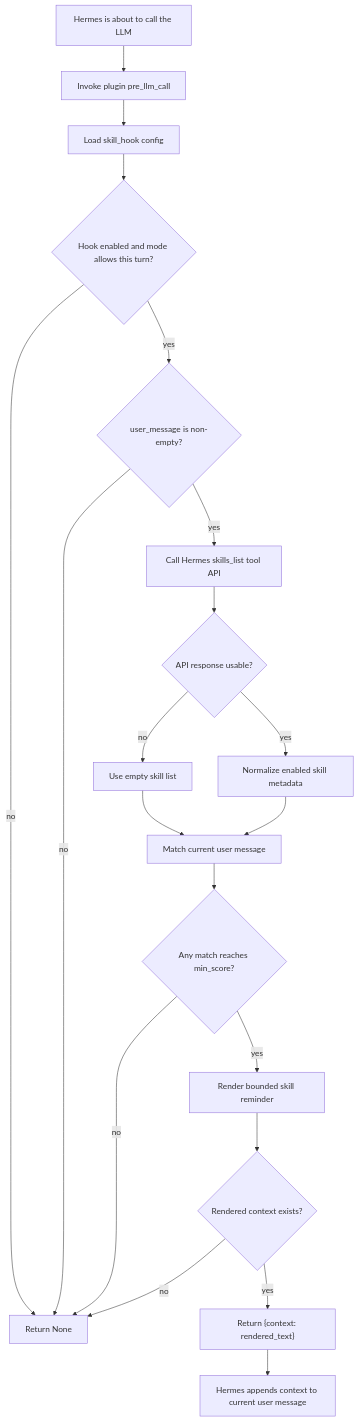
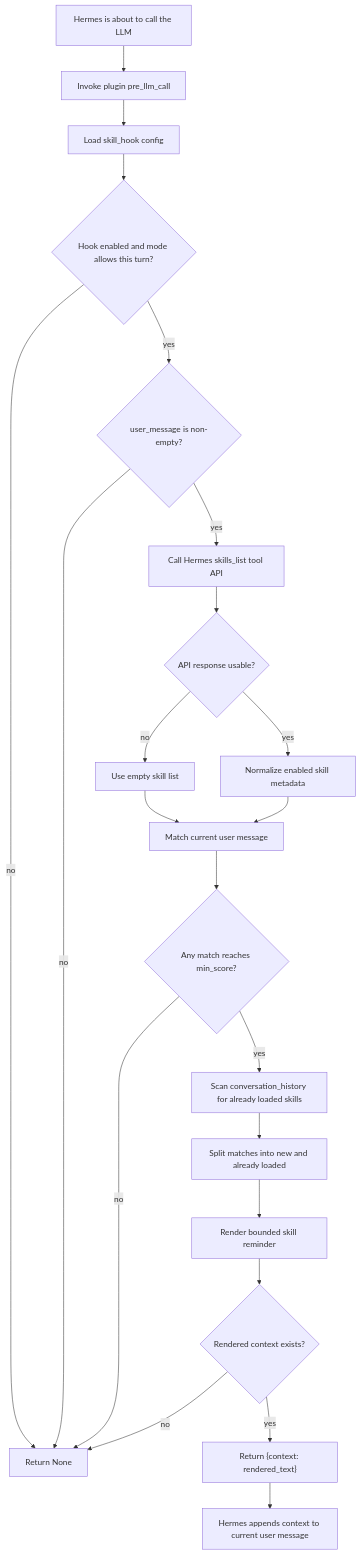
The third of 5 diagrams in docs/wow-skills-flowcharts.md (EggProject/easter-skills-hack-to-hermes), drawn with Mermaid before and after one commit. The commit also changed other lines of this file and 9 other files, not shown here.

Commit message:
Avoid re-recommending loaded skills

````diff
--- a/docs/wow-skills-flowcharts.md
+++ b/docs/wow-skills-flowcharts.md
@@ -46,22 +46,24 @@
 ```mermaid
 flowchart TD
     A["Hermes is about to call the LLM"] --> B["Invoke plugin pre_llm_call"]
     B --> C["Load skill_hook config"]
     C --> D{"Hook enabled and mode allows this turn?"}
     D -->|"no"| E["Return None"]
     D -->|"yes"| F{"user_message is non-empty?"}
     F -->|"no"| E
     F -->|"yes"| G["Call Hermes skills_list tool API"]
     G --> H{"API response usable?"}
     H -->|"no"| I["Use empty skill list"]
     H -->|"yes"| J["Normalize enabled skill metadata"]
     I --> K["Match current user message"]
     J --> K
     K --> L{"Any match reaches min_score?"}
     L -->|"no"| E
-    L -->|"yes"| M["Render bounded skill reminder"]
+    L -->|"yes"| Q["Scan conversation_history for already loaded skills"]
+    Q --> R["Split matches into new and already loaded"]
+    R --> M["Render bounded skill reminder"]
     M --> N{"Rendered context exists?"}
     N -->|"no"| E
     N -->|"yes"| O["Return {context: rendered_text}"]
     O --> P["Hermes appends context to current user message"]
 ```
````
